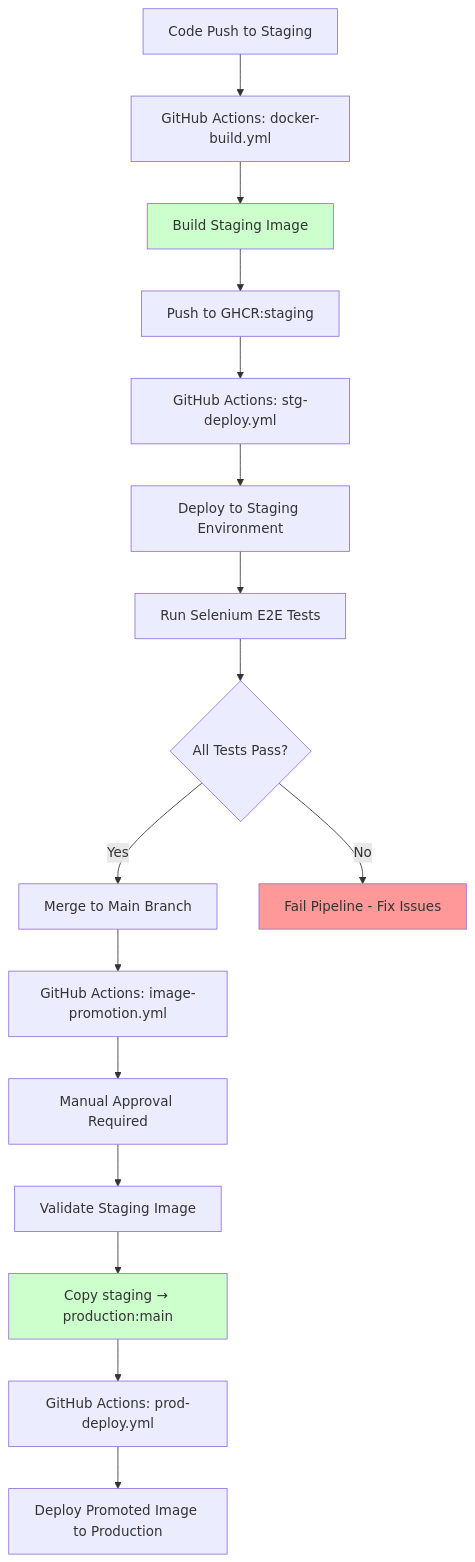
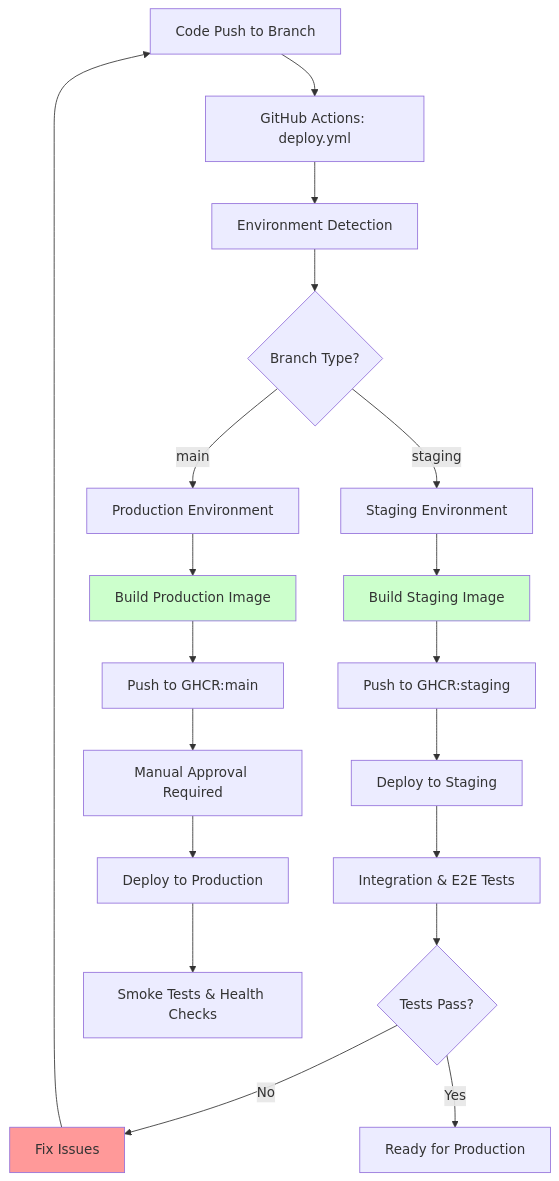
One commit to bxmty/dotca changed the first of 2 diagrams in docs/cicd/cicd-architecture-comparison.md. Above: the diagram before and after it, drawn with Mermaid. The commit also changed other lines of this file and 7 other files, not shown here.

````diff
--- a/docs/cicd/cicd-architecture-comparison.md
+++ b/docs/cicd/cicd-architecture-comparison.md
@@ -7,23 +7,28 @@
 ```mermaid
 graph TD
-    A[Code Push to Staging] --> B[GitHub Actions: docker-build.yml]
-    B --> C[Build Staging Image]
-    C --> D[Push to GHCR:staging]
-    D --> E[GitHub Actions: stg-deploy.yml]
-    E --> F[Deploy to Staging Environment]
-    F --> G[Run Selenium E2E Tests]
-    G --> H{All Tests Pass?}
-    H -->|Yes| I[Merge to Main Branch]
-    H -->|No| J[Fail Pipeline - Fix Issues]
+    A[Code Push to Branch] --> B[GitHub Actions: deploy.yml]
+    B --> C[Environment Detection]
+    C --> D{Branch Type?}
 
-    I --> K[GitHub Actions: image-promotion.yml]
-    K --> L[Manual Approval Required]
-    L --> M[Validate Staging Image]
-    M --> N[Copy staging → production:main]
-    N --> O[GitHub Actions: prod-deploy.yml]
-    O --> P[Deploy Promoted Image to Production]
+    D -->|staging| E[Staging Environment]
+    D -->|main| F[Production Environment]
 
-    style C fill:#ccffcc
+    E --> G[Build Staging Image]
+    G --> H[Push to GHCR:staging]
+    H --> I[Deploy to Staging]
+    I --> J[Integration & E2E Tests]
+    J --> K{Tests Pass?}
+    K -->|No| L[Fix Issues]
+    L --> A
+    K -->|Yes| M[Ready for Production]
+
+    F --> N[Build Production Image]
+    N --> O[Push to GHCR:main]
+    O --> P[Manual Approval Required]
+    P --> Q[Deploy to Production]
+    Q --> R[Smoke Tests & Health Checks]
+
+    style G fill:#ccffcc
     style N fill:#ccffcc
-    style J fill:#ff9999
+    style L fill:#ff9999
 ```
````
